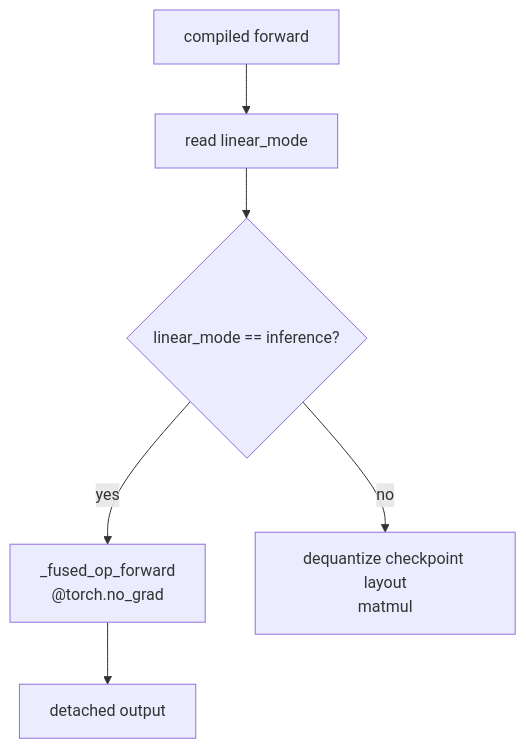
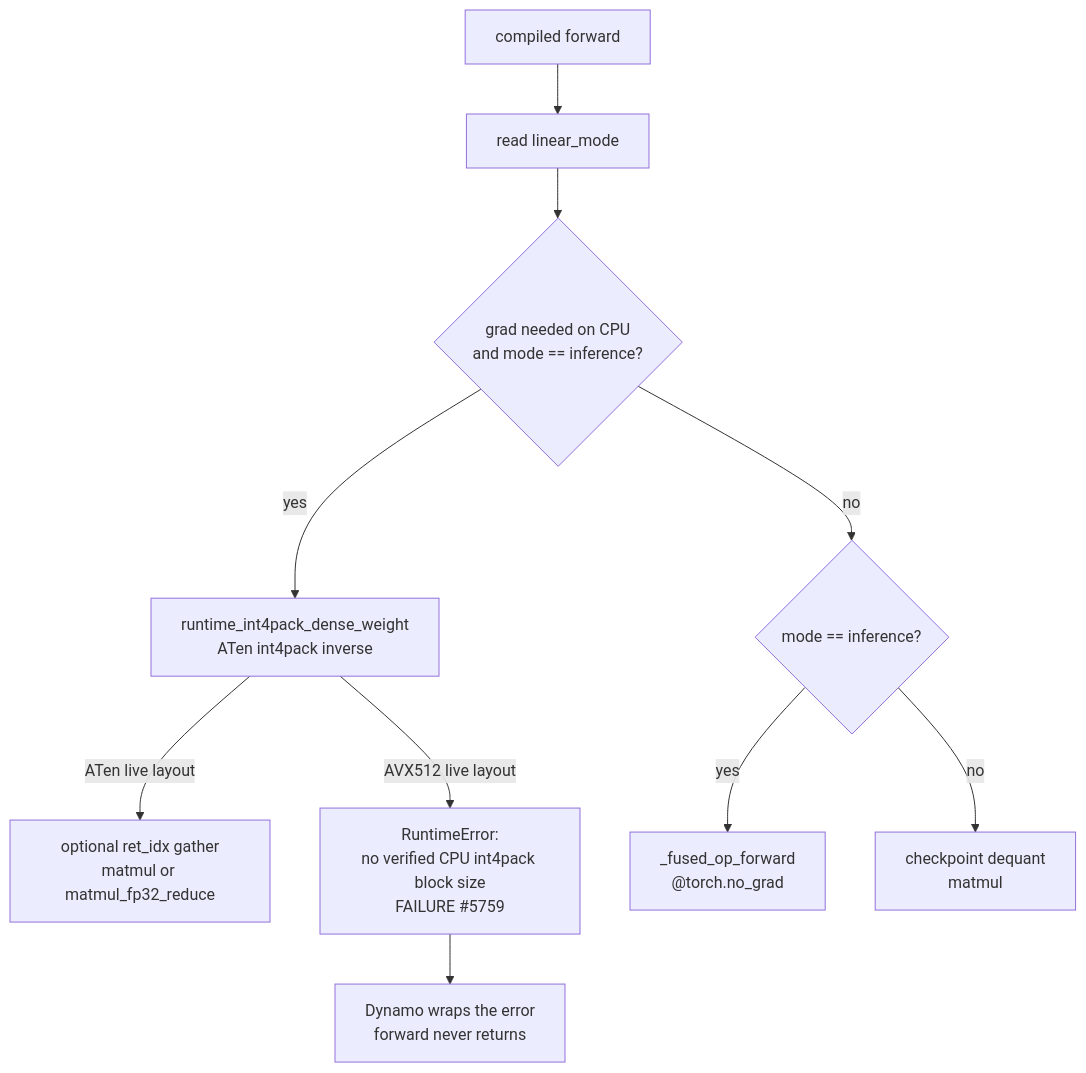
Before and after one commit to ModelCloud/GPTQModel: the first of 2 diagrams in docs/cpu-int4pack-compiled-grad.md, drawn with Mermaid. The commit also changed other lines of this file and 5 other files, not shown here.

Commit message:
fix(cpu): decode the AVX512 GPTQ live layout in the dense fallback (#5759)

````diff
--- a/docs/cpu-int4pack-compiled-grad.md
+++ b/docs/cpu-int4pack-compiled-grad.md
@@ -19,8 +25,12 @@
 ```mermaid
 flowchart TD
     A["compiled forward"] --> B["read linear_mode"]
-    B --> C{"linear_mode == inference?"}
-    C -->|yes| D["_fused_op_forward<br/>@torch.no_grad"]
-    D --> E["detached output"]
-    C -->|no| F["dequantize checkpoint layout<br/>matmul"]
+    B --> C{"grad needed on CPU<br/>and mode == inference?"}
+    C -->|yes| D["runtime_int4pack_dense_weight<br/>ATen int4pack inverse"]
+    D -->|"ATen live layout"| E["optional ret_idx gather<br/>matmul or matmul_fp32_reduce"]
+    D -->|"AVX512 live layout"| X["RuntimeError:<br/>no verified CPU int4pack block size<br/>FAILURE #5759"]
+    C -->|no| F{"mode == inference?"}
+    F -->|yes| G["_fused_op_forward<br/>@torch.no_grad"]
+    F -->|no| H["checkpoint dequant<br/>matmul"]
+    X --> Y["Dynamo wraps the error<br/>forward never returns"]
 ```
````
